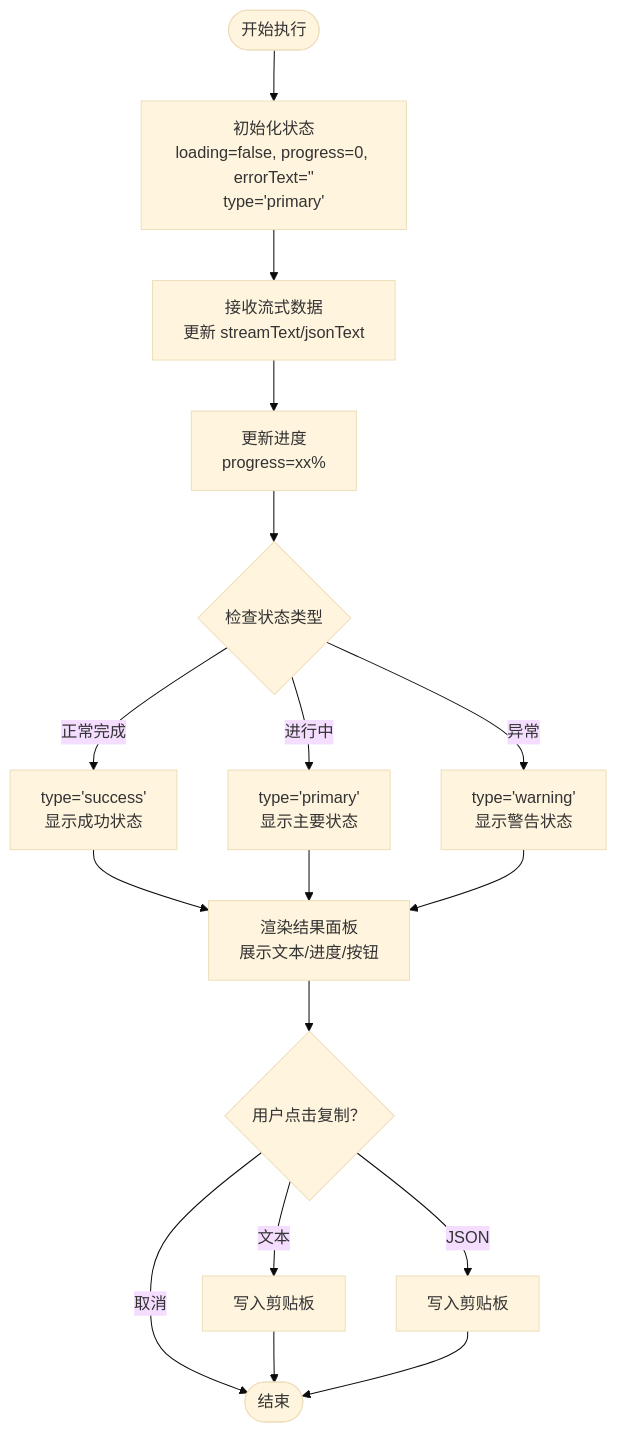
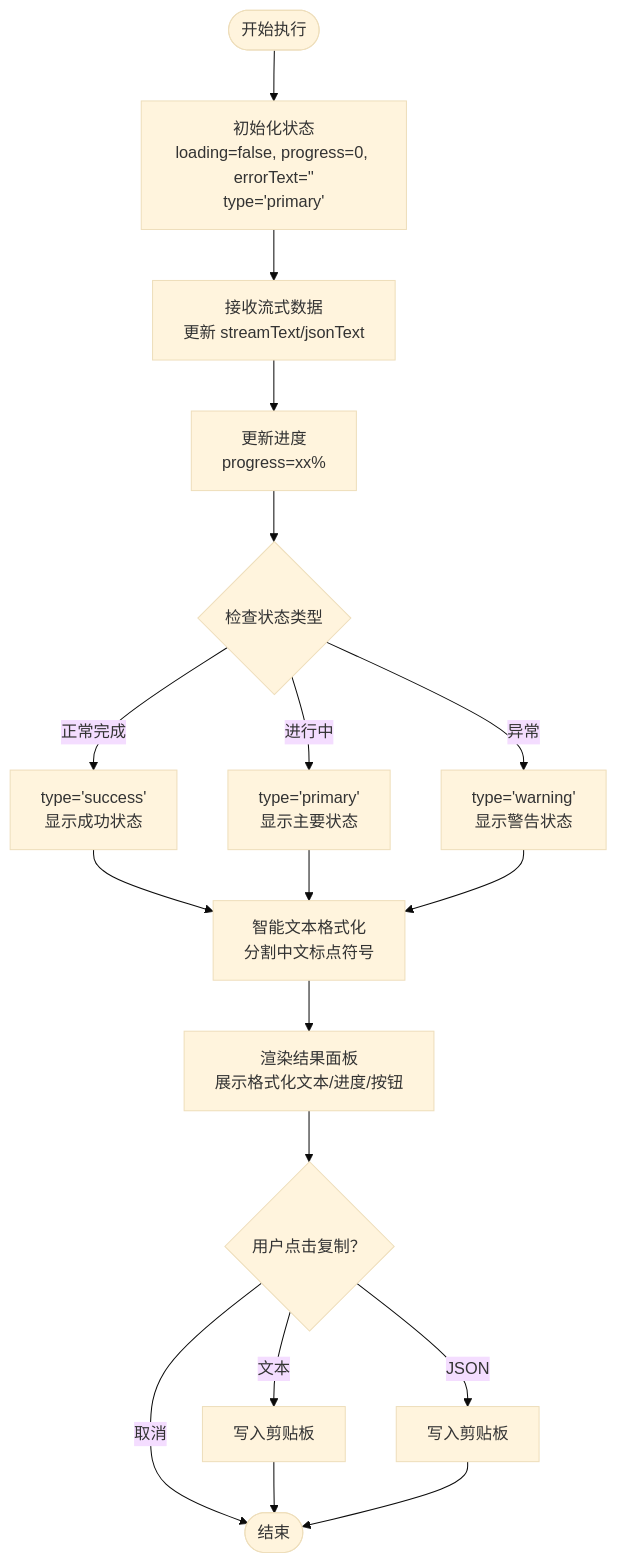
One commit to hanksd769-droid/sailshub changed the third of 4 diagrams in .qoder/repowiki/zh/content/前端组件架构/UI 组件.md. Above: the diagram before and after it, drawn with Mermaid (base theme). The commit also changed other lines of this file and 3 other files, not shown here.

````diff
--- a/.qoder/repowiki/zh/content/前端组件架构/UI 组件.md
+++ b/.qoder/repowiki/zh/content/前端组件架构/UI 组件.md
@@ -269,19 +273,20 @@
 ```mermaid
 flowchart TD
 Start(["开始执行"]) --> Init["初始化状态<br/>loading=false, progress=0, errorText=''<br/>type='primary'"]
 Init --> Stream["接收流式数据<br/>更新 streamText/jsonText"]
 Stream --> Update["更新进度<br/>progress=xx%"]
 Update --> TypeCheck{"检查状态类型"}
 TypeCheck --> |正常完成| Success["type='success'<br/>显示成功状态"]
 TypeCheck --> |进行中| Primary["type='primary'<br/>显示主要状态"]
 TypeCheck --> |异常| Warning["type='warning'<br/>显示警告状态"]
-Success --> Done["渲染结果面板<br/>展示文本/进度/按钮"]
-Primary --> Done
-Warning --> Done
-Done --> Copy{"用户点击复制？"}
+Success --> Format["智能文本格式化<br/>分割中文标点符号"]
+Primary --> Format
+Warning --> Format
+Format --> Render["渲染结果面板<br/>展示格式化文本/进度/按钮"]
+Render --> Copy{"用户点击复制？"}
 Copy --> |文本| ClipText["写入剪贴板"]
 Copy --> |JSON| ClipJson["写入剪贴板"]
 Copy --> |取消| End(["结束"])
 ClipText --> End
 ClipJson --> End
 ```
````
